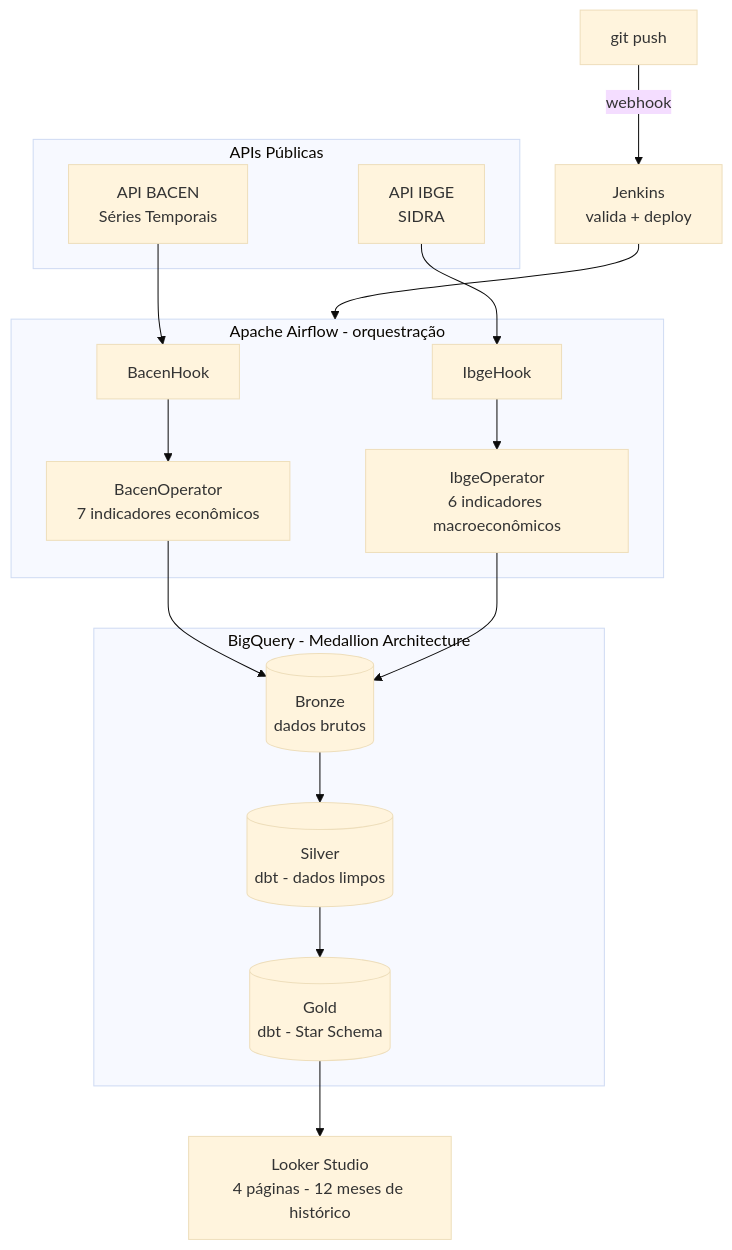
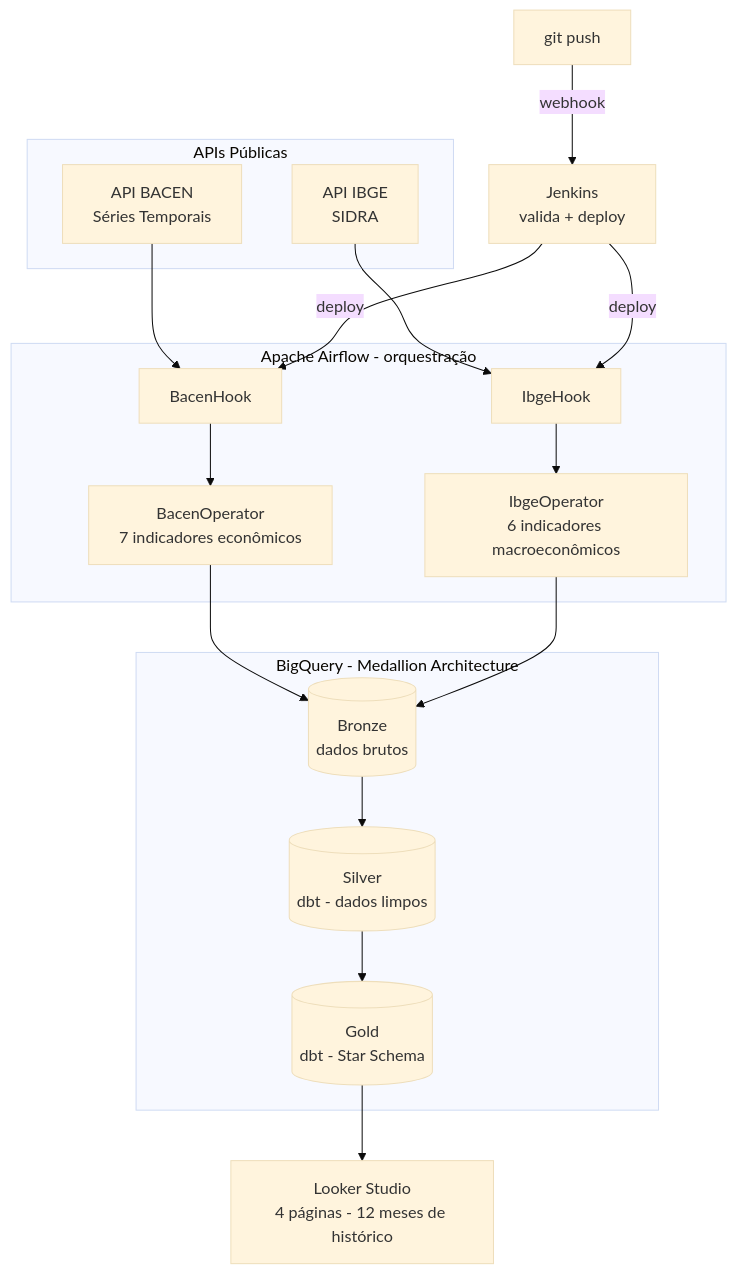
Before and after one commit to AwanneZanca/pipeline-dados-GCP-Bacen: the diagram in README.md, drawn with Mermaid (base theme).

Commit message:
Corrige renderizacao do diagrama mermaid no GitHub
Seta apontando direto para um subgrafo (Jenkins --> AF) quebrava o
renderizador de mermaid do GitHub. Redireciona para os nos internos.

````diff
--- a/README.md
+++ b/README.md
@@ -11,29 +11,31 @@
 ```mermaid
 flowchart TD
     subgraph Fontes["APIs Públicas"]
         BACEN[API BACEN<br/>Séries Temporais]
         IBGE[API IBGE<br/>SIDRA]
     end
 
     subgraph AF["Apache Airflow - orquestração"]
         BH[BacenHook] --> BO[BacenOperator<br/>7 indicadores econômicos]
         IH[IbgeHook] --> IO[IbgeOperator<br/>6 indicadores macroeconômicos]
     end
 
     subgraph BQ["BigQuery - Medallion Architecture"]
         Bronze[(Bronze<br/>dados brutos)]
         Silver[(Silver<br/>dbt - dados limpos)]
         Gold[(Gold<br/>dbt - Star Schema)]
         Bronze --> Silver --> Gold
     end
 
     Looker[Looker Studio<br/>4 páginas - 12 meses de histórico]
 
     BACEN --> BH
     IBGE --> IH
     BO --> Bronze
     IO --> Bronze
     Gold --> Looker
 
-    GitHub[git push] -->|webhook| Jenkins[Jenkins<br/>valida + deploy] --> AF
+    Git[git push] -->|webhook| Jenkins[Jenkins<br/>valida + deploy]
+    Jenkins -->|deploy| BH
+    Jenkins -->|deploy| IH
 ```
````
